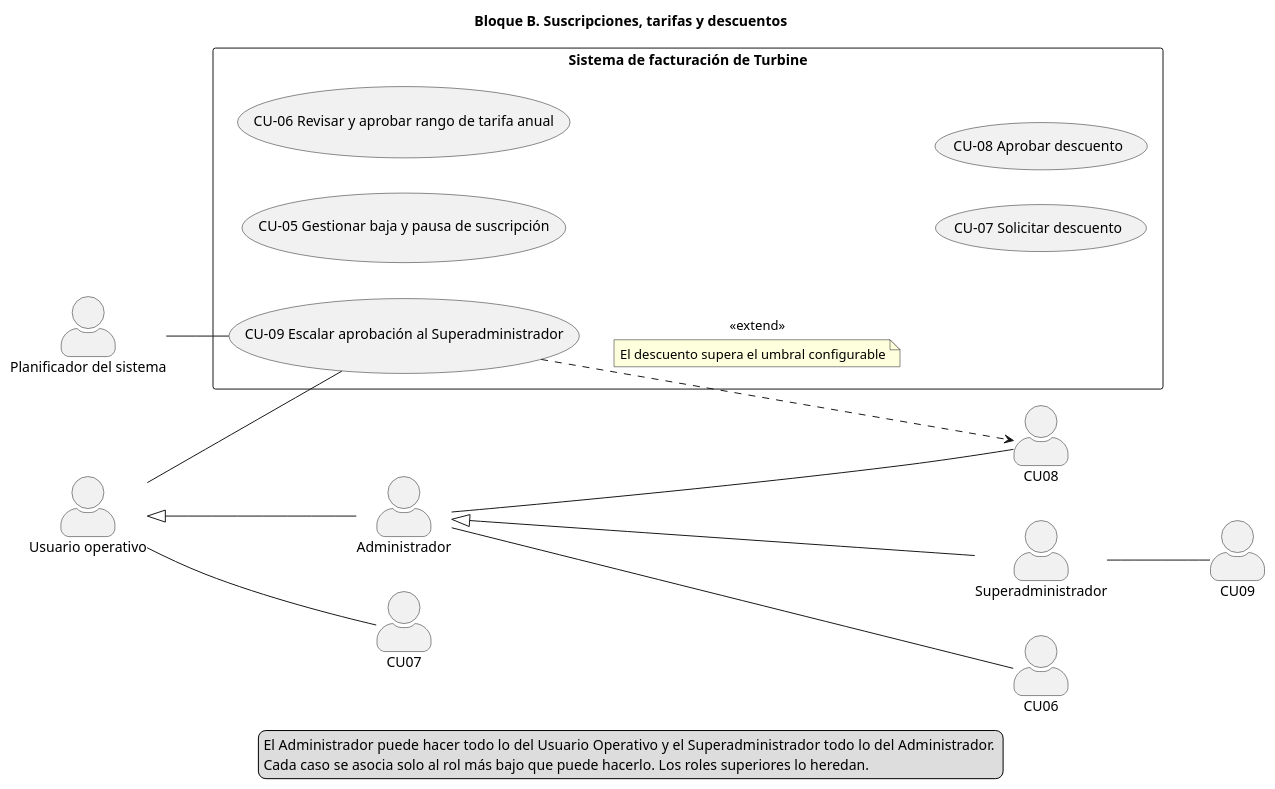
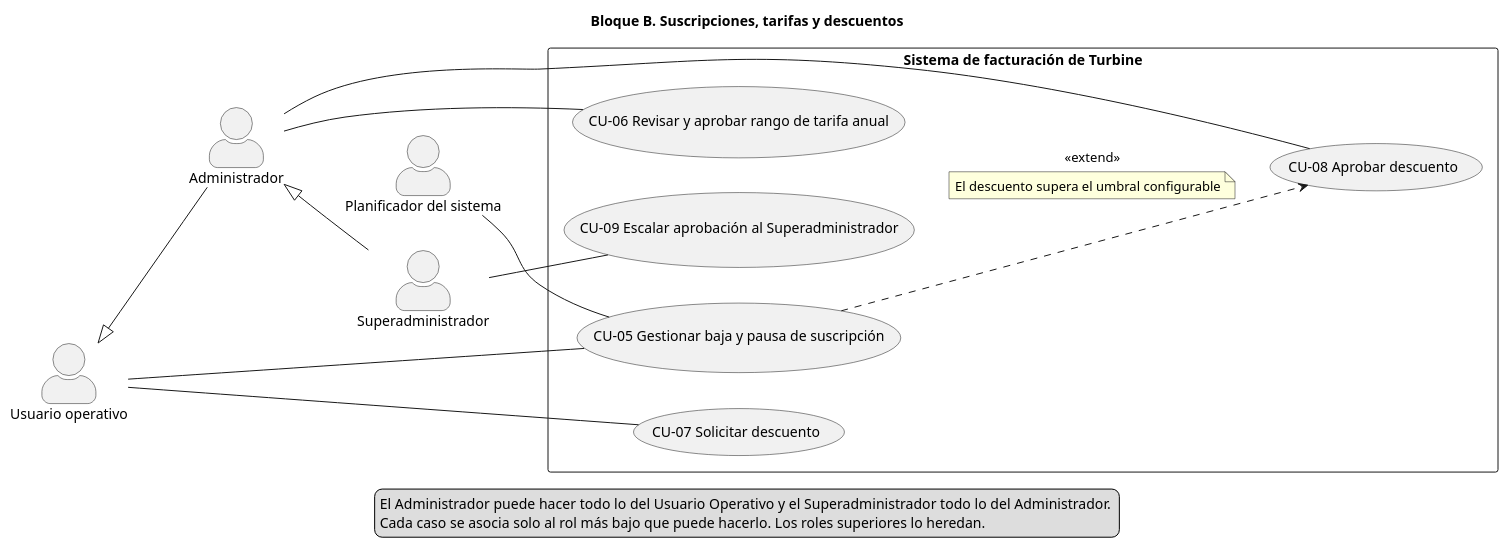
Before and after one commit to suqihao-star/JIRAFAS: the diagram in entrega1-actualizada/fuentes/Casos_Uso_B_Suscripciones_Tarifas_y_Descuentos.pu, drawn with PlantUML.

```diff
--- a/entrega1-actualizada/fuentes/Casos_Uso_B_Suscripciones_Tarifas_y_Descuentos.pu
+++ b/entrega1-actualizada/fuentes/Casos_Uso_B_Suscripciones_Tarifas_y_Descuentos.pu
@@ -1,32 +1,32 @@
 @startuml
 skinparam actorStyle awesome
 left to right direction
 title Bloque B. Suscripciones, tarifas y descuentos
 actor "Usuario operativo" as UO
 actor "Administrador" as ADMIN
 actor "Superadministrador" as SADMIN
 UO <|-- ADMIN
 ADMIN <|-- SADMIN
 rectangle "Sistema de facturación de Turbine" {
-  usecase "CU-05 Gestionar baja y pausa de suscripción" as CU01
-  usecase "CU-06 Revisar y aprobar rango de tarifa anual" as CU02
-  usecase "CU-07 Solicitar descuento" as CU03
-  usecase "CU-08 Aprobar descuento" as CU04
-  usecase "CU-09 Escalar aprobación al Superadministrador" as CU05
+  usecase "CU-05 Gestionar baja y pausa de suscripción" as CU05
+  usecase "CU-06 Revisar y aprobar rango de tarifa anual" as CU06
+  usecase "CU-07 Solicitar descuento" as CU07
+  usecase "CU-08 Aprobar descuento" as CU08
+  usecase "CU-09 Escalar aprobación al Superadministrador" as CU09
 }
 actor "Planificador del sistema" as PS
 UO -- CU05
 PS -- CU05
 ADMIN -- CU06
 UO -- CU07
 ADMIN -- CU08
 SADMIN -- CU09
 CU05 ..> CU08 : <<extend>>
 note on link
 El descuento supera el umbral configurable
 end note
 legend bottom
 El Administrador puede hacer todo lo del Usuario Operativo y el Superadministrador todo lo del Administrador. 
 Cada caso se asocia solo al rol más bajo que puede hacerlo. Los roles superiores lo heredan.
 endlegend
 @enduml
```
